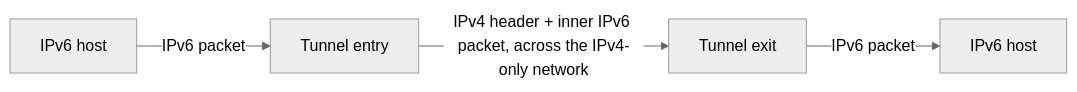
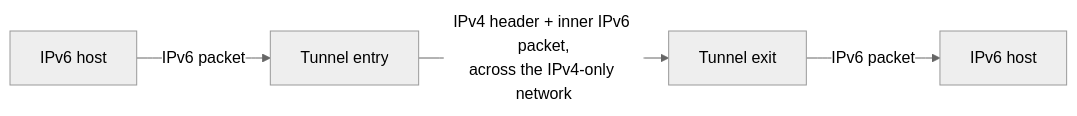
Before and after one commit to FahimMashroor/Chalmers_CSC: diagram 25 of 37 in EDA387-Computer-Networks/03-IPv6.md, drawn with Mermaid (neutral theme). The commit also changed other lines of this file, not shown here.

Commit message:
Rewrite 03 IPv6 in simple language with examples and diagrams

````diff
--- a/EDA387-Computer-Networks/03-IPv6.md
+++ b/EDA387-Computer-Networks/03-IPv6.md
@@ -735,6 +1045,6 @@
 ```mermaid
 flowchart LR
   h1["IPv6 host"] -->|"IPv6 packet"| t1["Tunnel entry"]
-  t1 -->|"IPv4 header + inner IPv6 packet, across the IPv4-only network"| t2["Tunnel exit"]
+  t1 -->|"IPv4 header + inner IPv6 packet,<br/>across the IPv4-only network"| t2["Tunnel exit"]
   t2 -->|"IPv6 packet"| h2["IPv6 host"]
 ```
````
